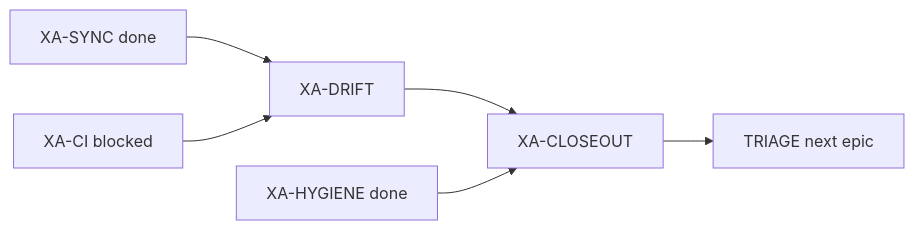
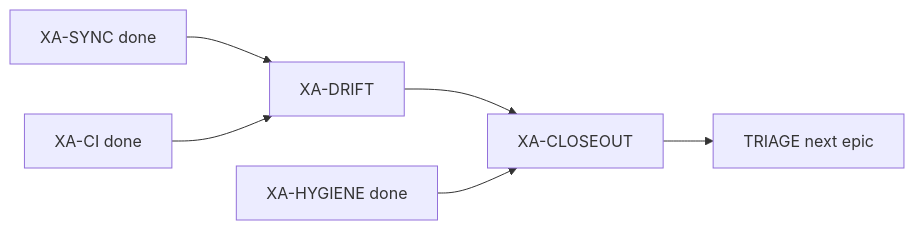
The diagram in .praxia/docs/audits/260710_xtrax-rewire_next_steps.md (maraxen/prolix), drawn with Mermaid before and after one commit. The commit also changed other lines of this file and 101 other files, not shown here.

````diff
--- a/.praxia/docs/audits/260710_xtrax-rewire_next_steps.md
+++ b/.praxia/docs/audits/260710_xtrax-rewire_next_steps.md
@@ -18,14 +18,14 @@
 ```mermaid
 flowchart LR
   syncDone[XA-SYNC done]
   hygDone[XA-HYGIENE done]
-  ci[XA-CI blocked]
+  ciDone[XA-CI done]
   drift[XA-DRIFT]
   close[XA-CLOSEOUT]
   triage[TRIAGE next epic]
   syncDone --> drift
-  ci --> drift
+  ciDone --> drift
   drift --> close
   hygDone --> close
   close --> triage
 ```
````
